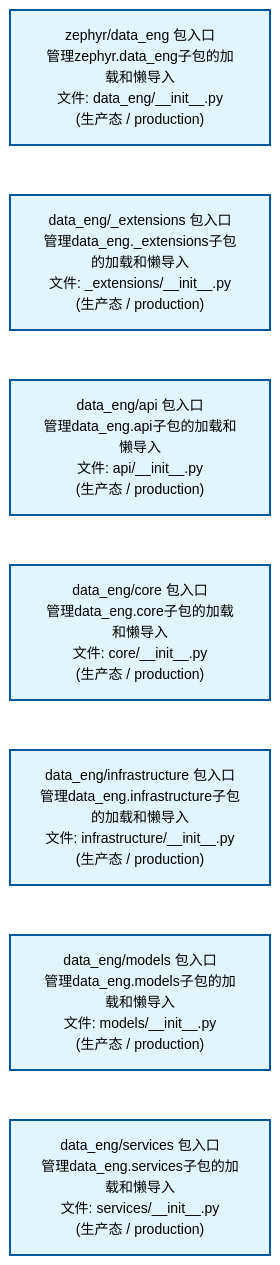
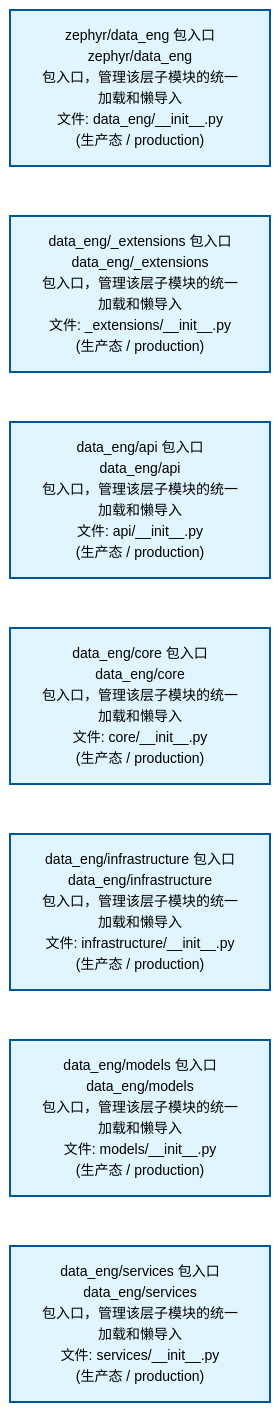
Before and after one commit to xuanFelixVan/ZephyrAlpha: the first of 2 diagrams in docs/02_enterprise_architecture/02_domain_architecture_docs/12_d_data_eng.md, drawn with Mermaid. The commit also changed other lines of this file and 58 other files, not shown here.

````diff
--- a/docs/02_enterprise_architecture/02_domain_architecture_docs/12_d_data_eng.md
+++ b/docs/02_enterprise_architecture/02_domain_architecture_docs/12_d_data_eng.md
@@ -53,22 +53,22 @@
 ```mermaid
 %%{init: {'theme': 'base', 'themeVariables': {'primaryColor': '#eaeaea', 'primaryTextColor': '#333333', 'primaryBorderColor': '#666666', 'lineColor': '#666666', 'secondaryColor': '#eaeaea', 'tertiaryColor': '#eaeaea', 'fontSize': '14px'}}}%%
 flowchart TD
-    src_zephyr_data_eng_init_py["zephyr/data_eng 包入口<br/>管理zephyr.data_eng子包的加载和懒导入<br/>文件: data_eng/__init__.py<br/>(生产态 / production)"]
-    src_zephyr_data_eng_extensions_init_py["data_eng/_extensions 包入口<br/>管理data_eng._extensions子包的加载和懒导入<br/>文件: _extensions/__init__.py<br/>(生产态 / production)"]
-    src_zephyr_data_eng_api_init_py["data_eng/api 包入口<br/>管理data_eng.api子包的加载和懒导入<br/>文件: api/__init__.py<br/>(生产态 / production)"]
-    src_zephyr_data_eng_core_init_py["data_eng/core 包入口<br/>管理data_eng.core子包的加载和懒导入<br/>文件: core/__init__.py<br/>(生产态 / production)"]
-    src_zephyr_data_eng_infrastructure_init_py["data_eng/infrastructure 包入口<br/>管理data_eng.infrastructure子包的加载和懒导入<br/>文件: infrastructure/__init__.py<br/>(生产态 / production)"]
-    src_zephyr_data_eng_models_init_py["data_eng/models 包入口<br/>管理data_eng.models子包的加载和懒导入<br/>文件: models/__init__.py<br/>(生产态 / production)"]
-    src_zephyr_data_eng_services_init_py["data_eng/services 包入口<br/>管理data_eng.services子包的加载和懒导入<br/>文件: services/__init__.py<br/>(生产态 / production)"]
+    src_zephyr_data_eng_init_py["zephyr/data_eng 包入口<br/>zephyr/data_eng<br/>包入口，管理该层子模块的统一加载和懒导入<br/>文件: data_eng/__init__.py<br/>(生产态 / production)"]
+    src_zephyr_data_eng_extensions_init_py["data_eng/_extensions 包入口<br/>data_eng/_extensions<br/>包入口，管理该层子模块的统一加载和懒导入<br/>文件: _extensions/__init__.py<br/>(生产态 / production)"]
+    src_zephyr_data_eng_api_init_py["data_eng/api 包入口<br/>data_eng/api<br/>包入口，管理该层子模块的统一加载和懒导入<br/>文件: api/__init__.py<br/>(生产态 / production)"]
+    src_zephyr_data_eng_core_init_py["data_eng/core 包入口<br/>data_eng/core<br/>包入口，管理该层子模块的统一加载和懒导入<br/>文件: core/__init__.py<br/>(生产态 / production)"]
+    src_zephyr_data_eng_infrastructure_init_py["data_eng/infrastructure 包入口<br/>data_eng/infrastructure<br/>包入口，管理该层子模块的统一加载和懒导入<br/>文件: infrastructure/__init__.py<br/>(生产态 / production)"]
+    src_zephyr_data_eng_models_init_py["data_eng/models 包入口<br/>data_eng/models<br/>包入口，管理该层子模块的统一加载和懒导入<br/>文件: models/__init__.py<br/>(生产态 / production)"]
+    src_zephyr_data_eng_services_init_py["data_eng/services 包入口<br/>data_eng/services<br/>包入口，管理该层子模块的统一加载和懒导入<br/>文件: services/__init__.py<br/>(生产态 / production)"]
     src_zephyr_data_eng_init_py ~~~ src_zephyr_data_eng_extensions_init_py
     src_zephyr_data_eng_extensions_init_py ~~~ src_zephyr_data_eng_api_init_py
     src_zephyr_data_eng_api_init_py ~~~ src_zephyr_data_eng_core_init_py
     src_zephyr_data_eng_core_init_py ~~~ src_zephyr_data_eng_infrastructure_init_py
     src_zephyr_data_eng_infrastructure_init_py ~~~ src_zephyr_data_eng_models_init_py
     src_zephyr_data_eng_models_init_py ~~~ src_zephyr_data_eng_services_init_py
     classDef production fill:#e1f5fe,stroke:#01579b,stroke-width:2px,color:#000
     classDef design fill:#fff3e0,stroke:#e65100,stroke-width:2px,color:#000,stroke-dasharray: 5 5
     classDef external_prod fill:#e8f4fd,stroke:#0277bd,stroke-width:1px,color:#000
     classDef external_design fill:#fff8e7,stroke:#ef6c00,stroke-width:1px,color:#000,stroke-dasharray: 5 5
     class src_zephyr_data_eng_init_py,src_zephyr_data_eng_extensions_init_py,src_zephyr_data_eng_api_init_py,src_zephyr_data_eng_core_init_py,src_zephyr_data_eng_infrastructure_init_py,src_zephyr_data_eng_models_init_py,src_zephyr_data_eng_services_init_py production
 ```
````
